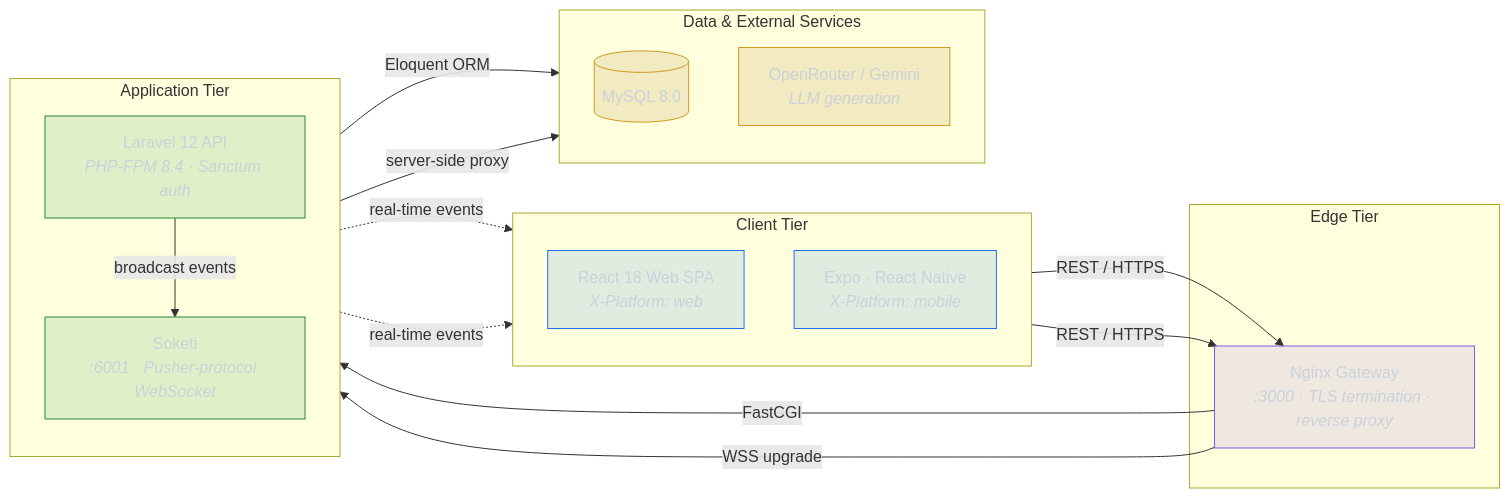
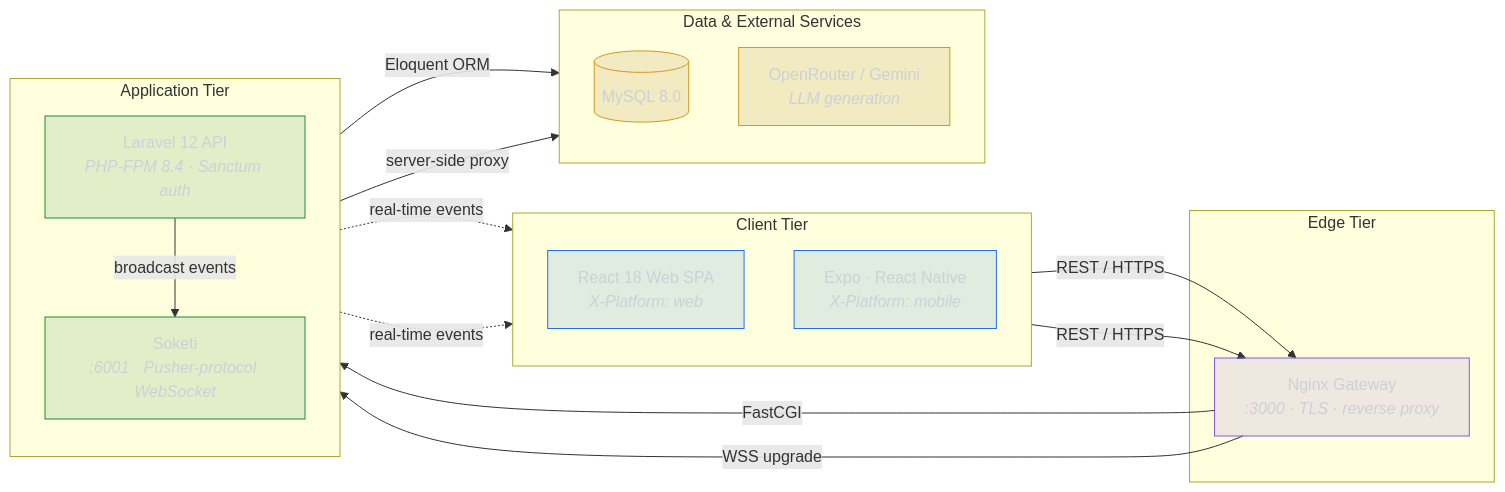
Before and after one commit to ijanvincent/cognivia: the second of 2 diagrams in README.md, drawn with Mermaid. The commit also changed other lines of this file, not shown here.

````diff
--- a/README.md
+++ b/README.md
@@ -226,46 +117,46 @@
 ```mermaid
 flowchart LR
     subgraph clients["Client Tier"]
         direction TB
         Web["React 18 Web SPA<br/><i>X-Platform: web</i>"]
         Mobile["Expo · React Native<br/><i>X-Platform: mobile</i>"]
     end
 
     subgraph edge["Edge Tier"]
-        GW["Nginx Gateway<br/><i>:3000 · TLS termination · reverse proxy</i>"]
+        GW["Nginx Gateway<br/><i>:3000 · TLS · reverse proxy</i>"]
     end
 
     subgraph app["Application Tier"]
         direction TB
         API["Laravel 12 API<br/><i>PHP-FPM 8.4 · Sanctum auth</i>"]
         Soketi["Soketi<br/><i>:6001 · Pusher-protocol WebSocket</i>"]
     end
 
     subgraph data["Data &amp; External Services"]
         direction TB
         DB[("MySQL 8.0")]
         AI["OpenRouter / Gemini<br/><i>LLM generation</i>"]
     end
 
     Web    -- "REST / HTTPS" --> GW
     Mobile -- "REST / HTTPS" --> GW
     GW     -- "FastCGI" --> API
     GW     -- "WSS upgrade" --> Soketi
 
     API -- "Eloquent ORM" --> DB
     API -- "broadcast events" --> Soketi
     API -- "server-side proxy" --> AI
 
     Soketi -. "real-time events" .-> Web
     Soketi -. "real-time events" .-> Mobile
 
     classDef client fill:#1f6feb22,stroke:#1f6feb,stroke-width:1px,color:#c9d1d9;
     classDef gateway fill:#8957e522,stroke:#8957e5,stroke-width:1px,color:#c9d1d9;
     classDef service fill:#23863622,stroke:#238636,stroke-width:1px,color:#c9d1d9;
     classDef store fill:#9e6a0322,stroke:#d29922,stroke-width:1px,color:#c9d1d9;
 
     class Web,Mobile client;
     class GW gateway;
     class API,Soketi service;
     class DB,AI store;
 ```
````
